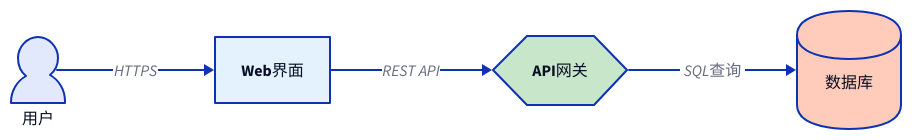
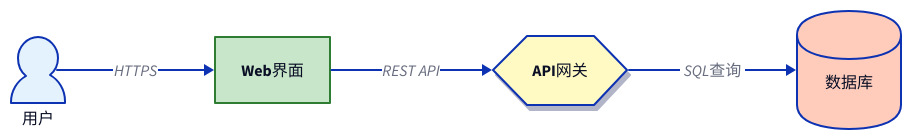
One commit to chyax98/Diagflow changed the first of 7 diagrams in src/lib/syntax-md/d2/diagram.md. Above: the diagram before and after it, drawn with D2. The commit also changed other lines of this file and 62 other files, not shown here.

````diff
--- a/src/lib/syntax-md/d2/diagram.md
+++ b/src/lib/syntax-md/d2/diagram.md
@@ -127,22 +277,31 @@
 ```d2
-# 基础架构图：不同形状
+# 基础架构图：不同形状和样式
 direction: right
 
-用户: {shape: person}
+用户: {
+  shape: person
+  style.fill: "#e3f2fd"
+}
+
 Web界面: {
   shape: rectangle
-  style.fill: "#e3f2fd"
+  style.fill: "#c8e6c9"
+  style.stroke: "#2e7d32"
+  style.stroke-width: 2
 }
+
 API网关: {
   shape: hexagon
-  style.fill: "#c8e6c9"
+  style.fill: "#fff9c4"
+  style.shadow: true
 }
+
 数据库: {
   shape: cylinder
   style.fill: "#ffccbc"
 }
 
-用户 -> Web界面: HTTPS
-Web界面 -> API网关: REST API
-API网关 -> 数据库: SQL查询
+用户 -> Web界面: "HTTPS"
+Web界面 -> API网关: "REST API"
+API网关 -> 数据库: "SQL查询"
 ```
````
